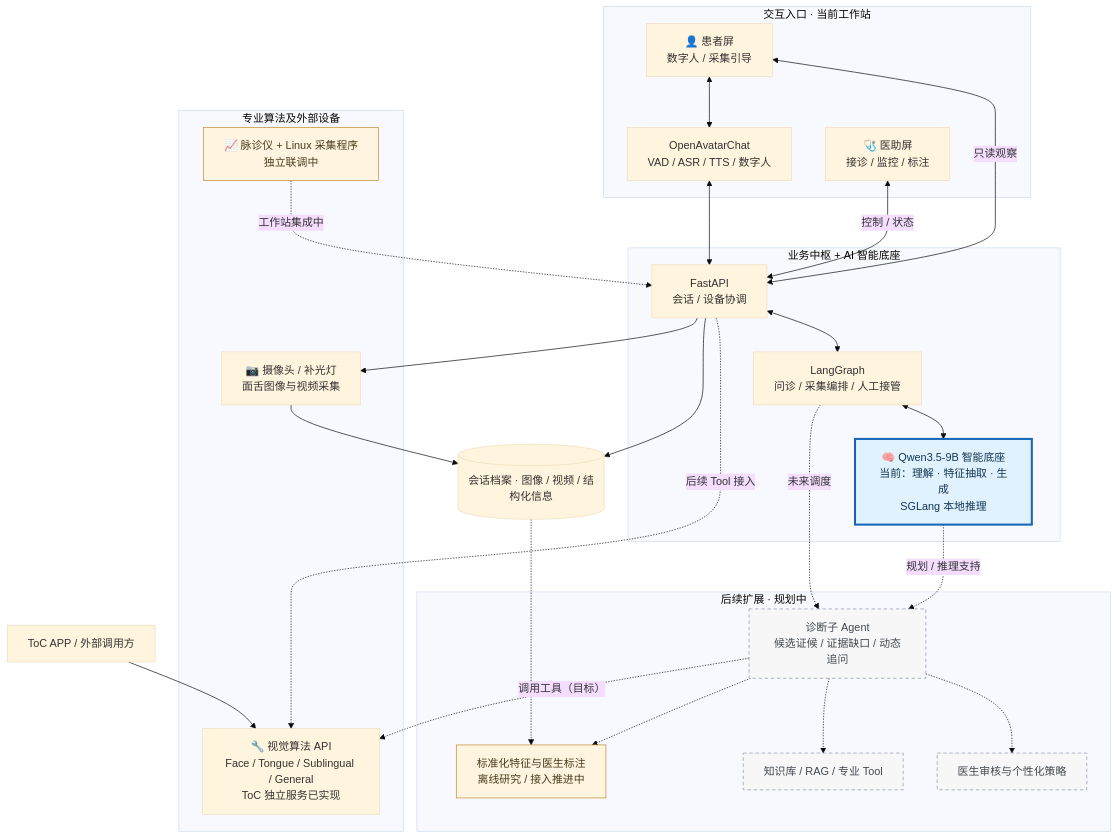
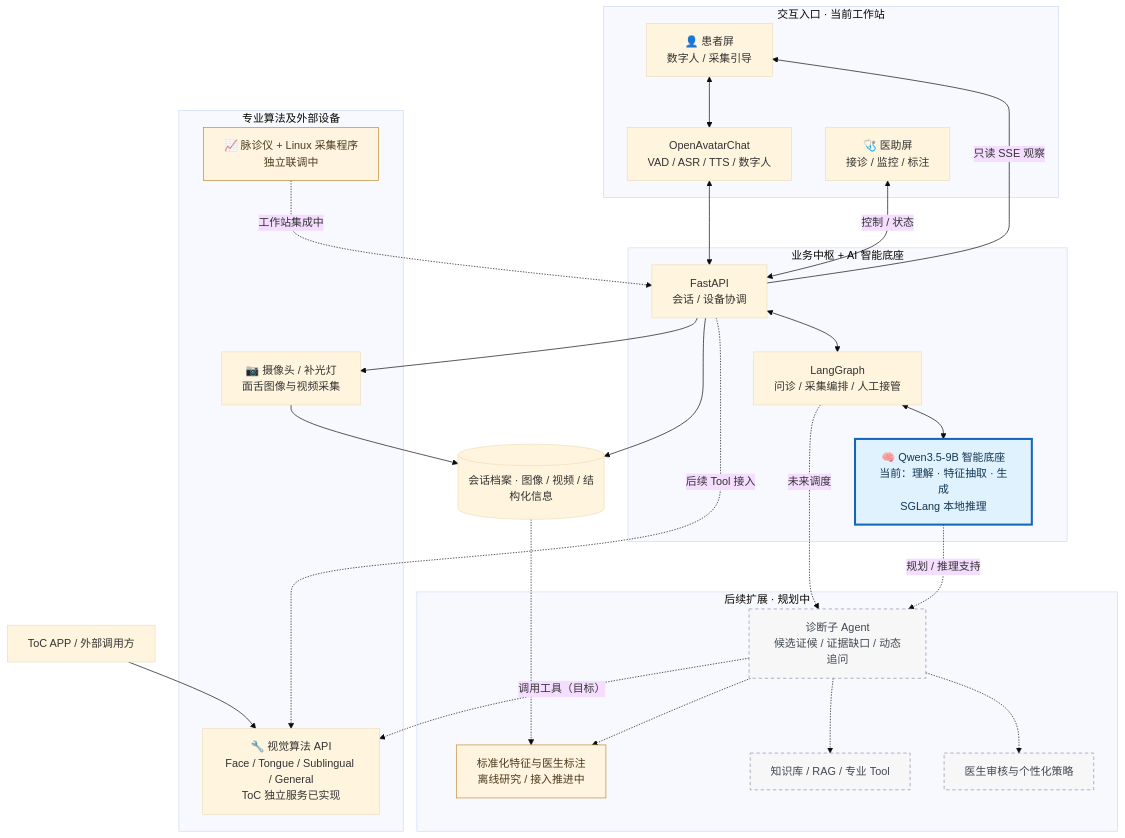
The diagram in README.md (Shenchen-Liu/TCM-AI-Portfolio), drawn with Mermaid (base theme) before and after one commit.

Commit message:
docs: clarify one-way patient SSE flow in platform diagram

````diff
--- a/README.md
+++ b/README.md
@@ -38,53 +38,53 @@
 ```mermaid
 flowchart TB
   subgraph UI["交互入口 · 当前工作站"]
     PAT["👤 患者屏<br/>数字人 / 采集引导"]
     STAFF["🩺 医助屏<br/>接诊 / 监控 / 标注"]
     AVATAR["OpenAvatarChat<br/>VAD / ASR / TTS / 数字人"]
   end
   subgraph ENGINE["业务中枢 + AI 智能底座"]
     API["FastAPI<br/>会话 / 设备协调"]
     GRAPH["LangGraph<br/>问诊 / 采集编排 / 人工接管"]
     QWEN["🧠 Qwen3.5-9B 智能底座<br/>当前：理解 · 特征抽取 · 生成<br/>SGLang 本地推理"]
   end
   subgraph TOOLS["专业算法及外部设备"]
     CAMERA["📷 摄像头 / 补光灯<br/>面舌图像与视频采集"]
     ALGO["🔧 视觉算法 API<br/>Face / Tongue / Sublingual / General<br/>ToC 独立服务已实现"]
     PULSE["📈 脉诊仪 + Linux 采集程序<br/>独立联调中"]
   end
   subgraph FUTURE["后续扩展 · 规划中"]
     FEATURE["标准化特征与医生标注<br/>离线研究 / 接入推进中"]
     DIAG["诊断子 Agent<br/>候选证候 / 证据缺口 / 动态追问"]
     RAG["知识库 / RAG / 专业 Tool"]
     DOCTOR["医生审核与个性化策略"]
   end
   RECORD[("会话档案 · 图像 / 视频 / 结构化信息")]
   APP["ToC APP / 外部调用方"]
 
   PAT <--> AVATAR
   AVATAR <--> API
   STAFF <-->|"控制 / 状态"| API
-  PAT <-->|"只读观察"| API
+  API -->|"只读 SSE 观察"| PAT
   API <--> GRAPH
   GRAPH <--> QWEN
   API --> CAMERA
   CAMERA --> RECORD
   API --> RECORD
   APP --> ALGO
   API -.->|"后续 Tool 接入"| ALGO
   PULSE -.->|"工作站集成中"| API
   RECORD -.-> FEATURE
   GRAPH -.->|"未来调度"| DIAG
   QWEN -.->|"规划 / 推理支持"| DIAG
   DIAG -.-> FEATURE
   DIAG -.-> RAG
   DIAG -.->|"调用工具（目标）"| ALGO
   DIAG -.-> DOCTOR
 
   classDef foundation fill:#e1f2ff,stroke:#1367b4,stroke-width:3px,color:#123653;
   classDef planned fill:#f7f7f7,stroke:#8b939f,stroke-dasharray:5 4,color:#404851;
   classDef partial fill:#fff4df,stroke:#c18a31,color:#4a3b1b;
   class QWEN foundation;
   class DIAG,RAG,DOCTOR planned;
   class FEATURE,PULSE partial;
 ```
````
